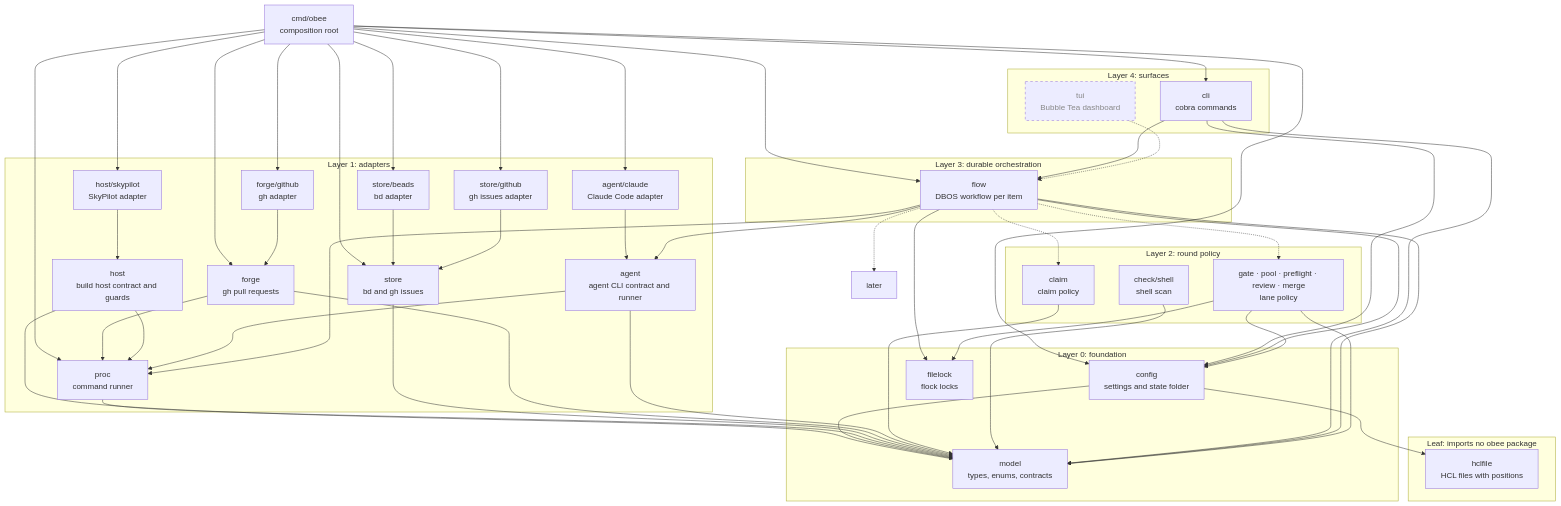
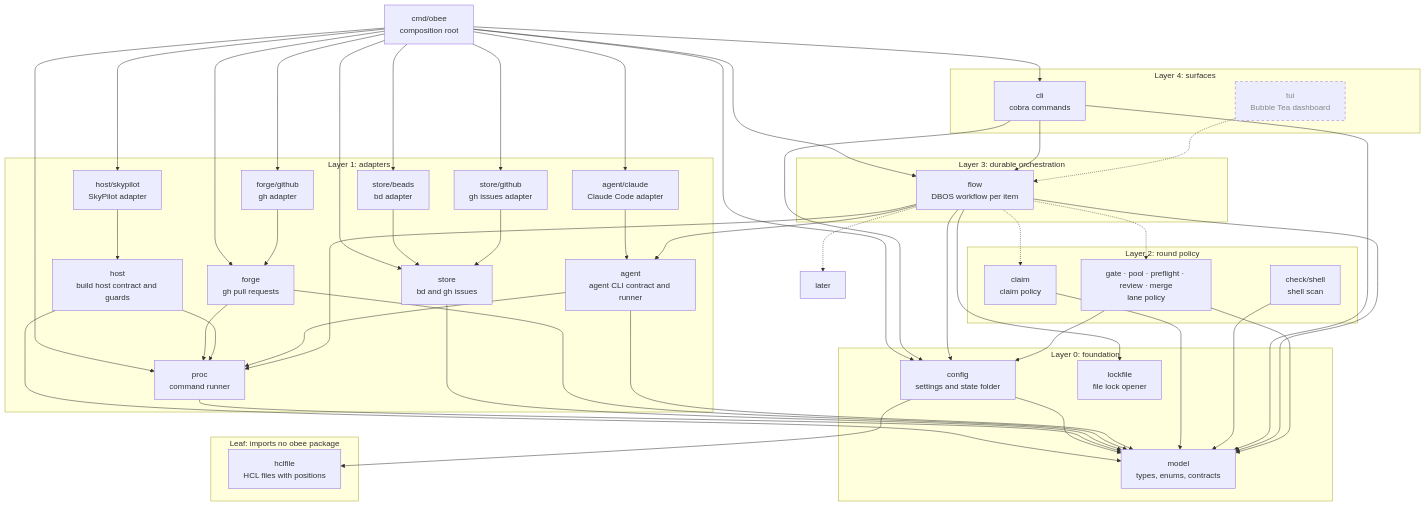
One commit to tobocop2/beehave changed the first of 3 diagrams in docs/architecture.md. Above: the diagram before and after it, drawn with Mermaid. The commit also changed other lines of this file and 39 other files, not shown here.

```diff
--- a/docs/architecture.md
+++ b/docs/architecture.md
@@ -146,7 +146,7 @@
     subgraph L0["Layer 0: foundation"]
         config["config<br/>settings and state folder"]
         model["model<br/>types, enums, contracts"]
-        filelock["filelock<br/>flock locks"]
+        lockfile["lockfile<br/>file lock opener"]
     end
 
     subgraph LEAF["Leaf: imports no obee package"]
@@ -189,8 +189,7 @@
     flow --> config
     flow --> proc
     flow --> model
-    flow --> filelock
-    policy --> filelock
+    flow --> lockfile
 
     tui -.-> flow
     flow -.-> claim
```
